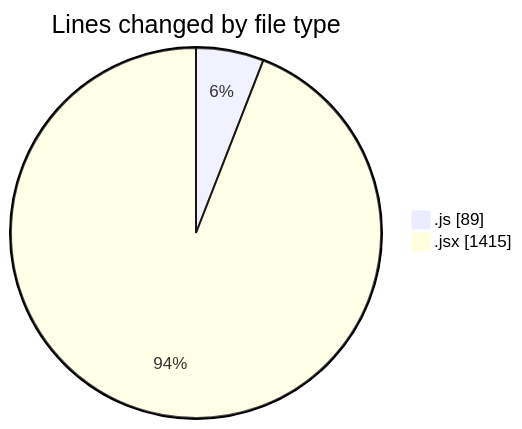
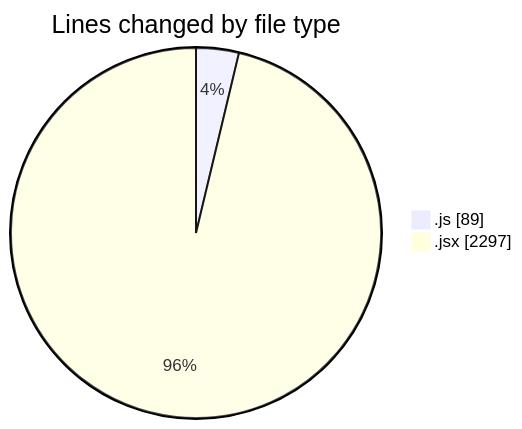
One commit to nxtqubesakshisongat/code-tracking changed the first of 2 diagrams in 2025-05-03/nxtqube_webapp/README.md. Above: the diagram before and after it, drawn with Mermaid. The commit also changed other lines of this file and 1 other file, not shown here.

````diff
--- a/2025-05-03/nxtqube_webapp/README.md
+++ b/2025-05-03/nxtqube_webapp/README.md
@@ -22,6 +23,6 @@
 ```mermaid
 pie showData
 title Lines changed by file type
 ".js" : 89
-".jsx" : 1415
+".jsx" : 2297
 ```
````
